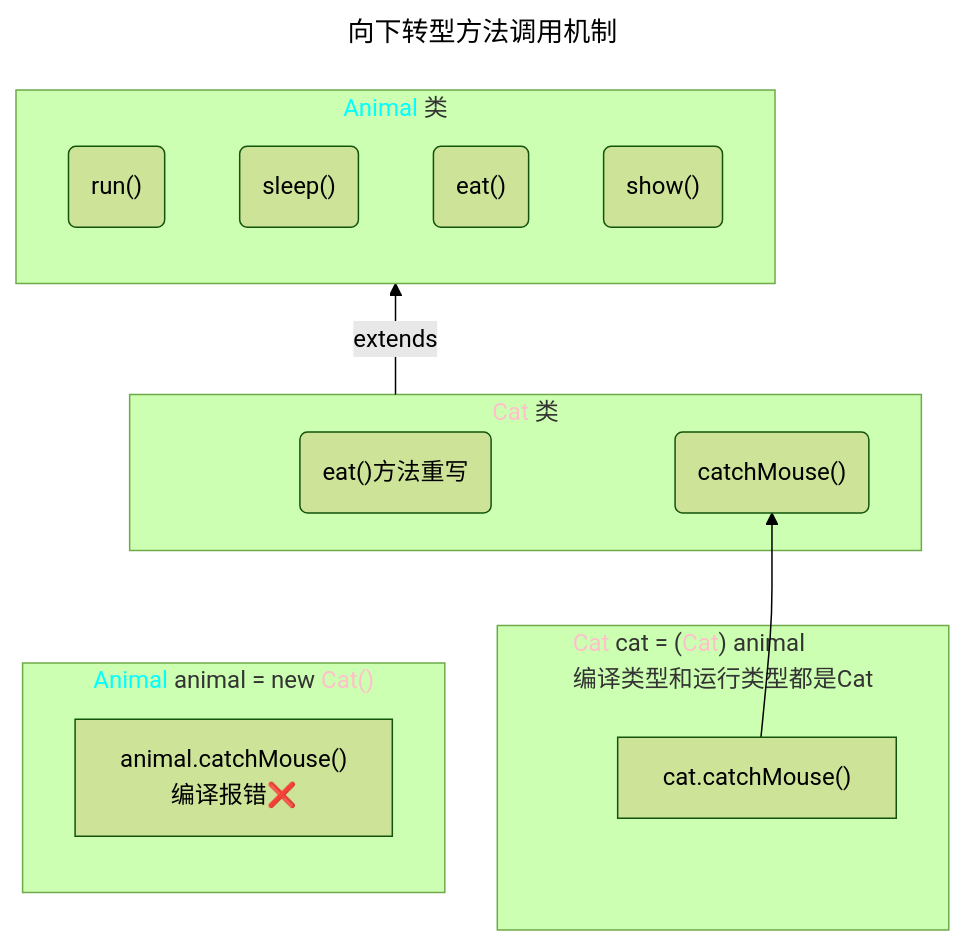
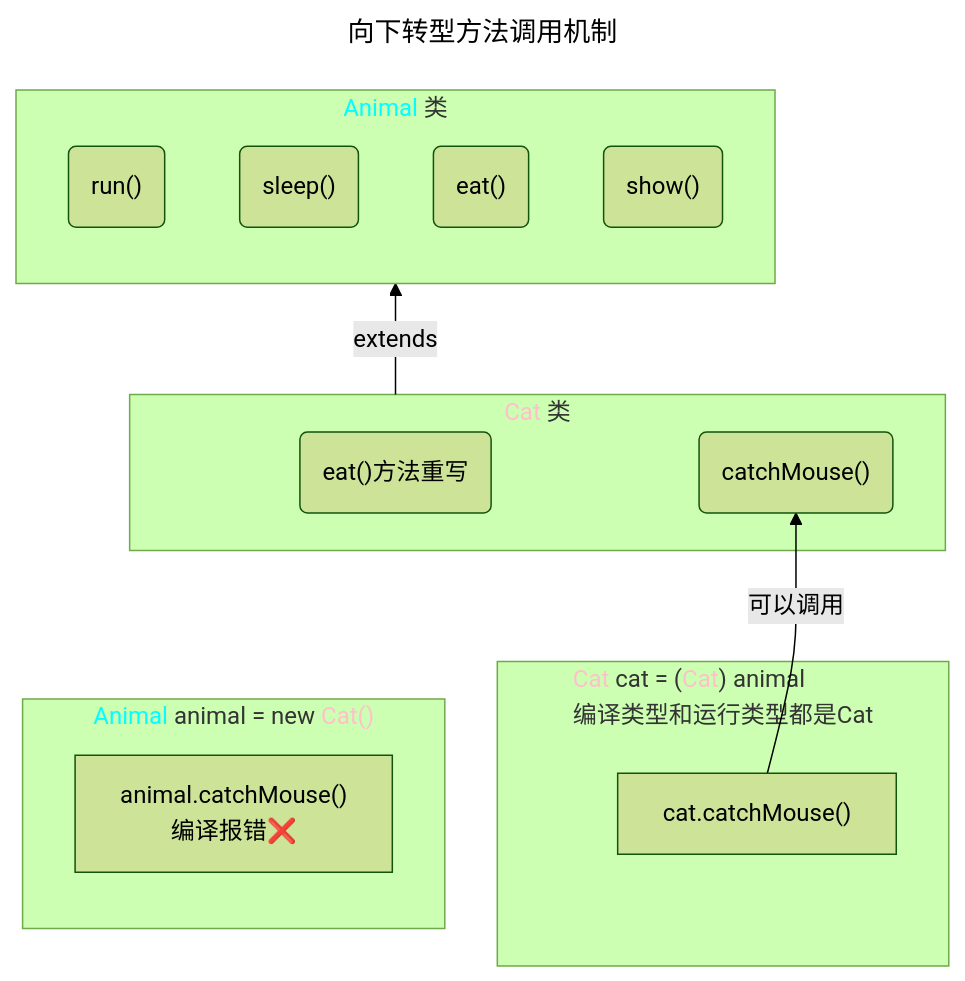
Before and after one commit to Stolorzs/JavaStudy: the third of 3 diagrams in markdown/多态.md, drawn with Mermaid (forest theme). The commit also changed other lines of this file and 39 other files, not shown here.

````diff
--- a/markdown/多态.md
+++ b/markdown/多态.md
@@ -217,26 +218,26 @@
 ```mermaid
 ---
 title: 向下转型方法调用机制
 ---
 graph BT;
 subgraph a["<font color="Cyan">Animal</font> 类"]
     a2("run()")
     a1("sleep()")
     a3("eat()")
     a4("show()")
 end
 subgraph b["<font color="pink">Cat</font> 类"]
     b1("eat()方法重写")
     b2("catchMouse()")
 end
 subgraph c["<font color="Cyan">Animal</font> animal = new  <font color="pink">Cat()</font>\n"]
     c3["animal.catchMouse()\n编译报错❌"]
 end
 subgraph d["<font color="pink">Cat</font> cat = (<font color="pink">Cat</font>) animal\n编译类型和运行类型都是Cat"]
     d1["cat.catchMouse()"]
 end
 c~~~b
 d~~~b
-d1-->b2
+d1-->|可以调用|b2
 b-->|extends|a
 ```
````
